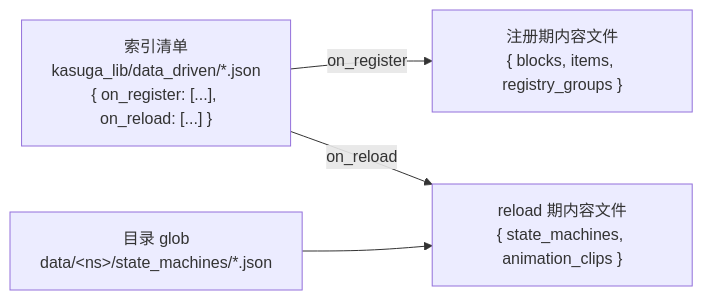
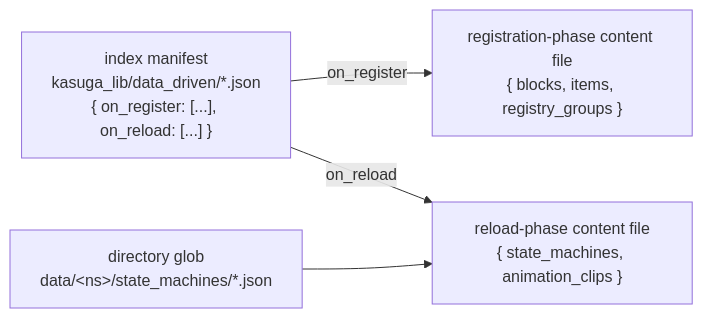
Before and after one commit to KasugaLibGroup/KasugaLibNext: the diagram in doc/guides/data-driven/guide-content.en.md, drawn with Mermaid. The commit also changed other lines of this file and 9 other files, not shown here.

````diff
--- a/doc/guides/data-driven/guide-content.en.md
+++ b/doc/guides/data-driven/guide-content.en.md
@@ -23,8 +23,8 @@
 ```mermaid
 flowchart LR
-    IDX["索引清单<br>kasuga_lib/data_driven/*.json<br>{ on_register: [...], on_reload: [...] }"]
-    IDX -->|on_register| REG["注册期内容文件<br>{ blocks, items, registry_groups }"]
-    IDX -->|on_reload| REL["reload 期内容文件<br>{ state_machines, animation_clips }"]
-    GLOB["目录 glob<br>data/&lt;ns&gt;/state_machines/*.json"]
+    IDX["index manifest<br>kasuga_lib/data_driven/*.json<br>{ on_register: [...], on_reload: [...] }"]
+    IDX -->|on_register| REG["registration-phase content file<br>{ blocks, items, registry_groups }"]
+    IDX -->|on_reload| REL["reload-phase content file<br>{ state_machines, animation_clips }"]
+    GLOB["directory glob<br>data/&lt;ns&gt;/state_machines/*.json"]
     GLOB --> REL
 ```
````
